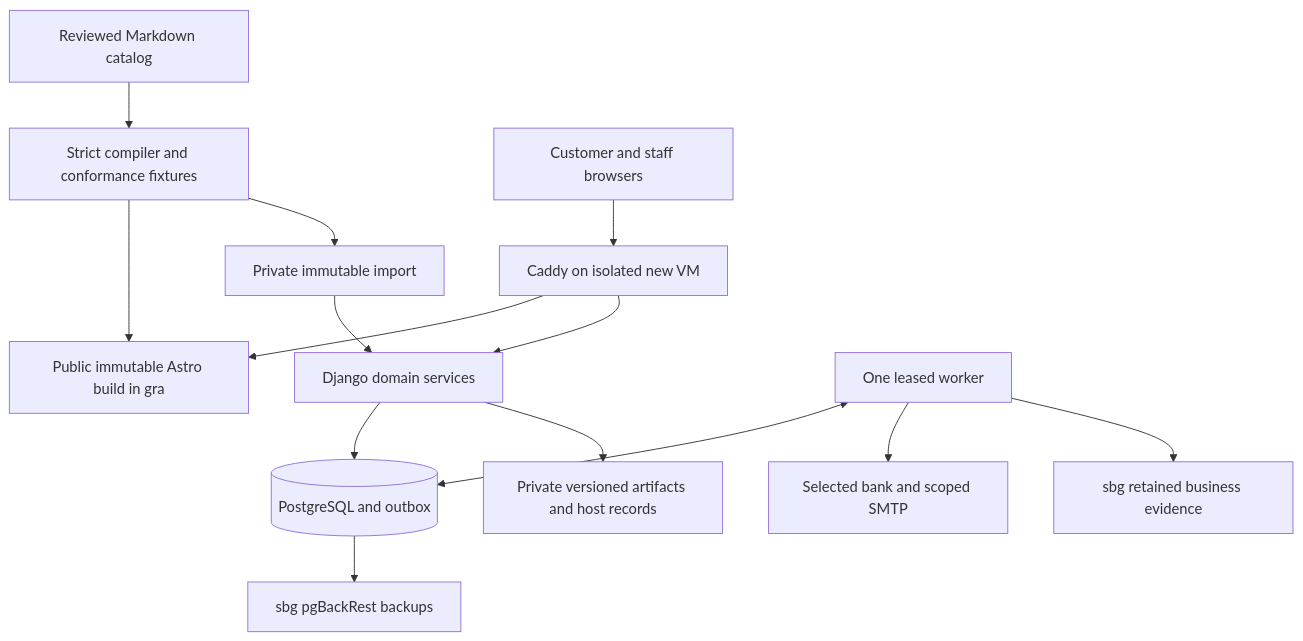
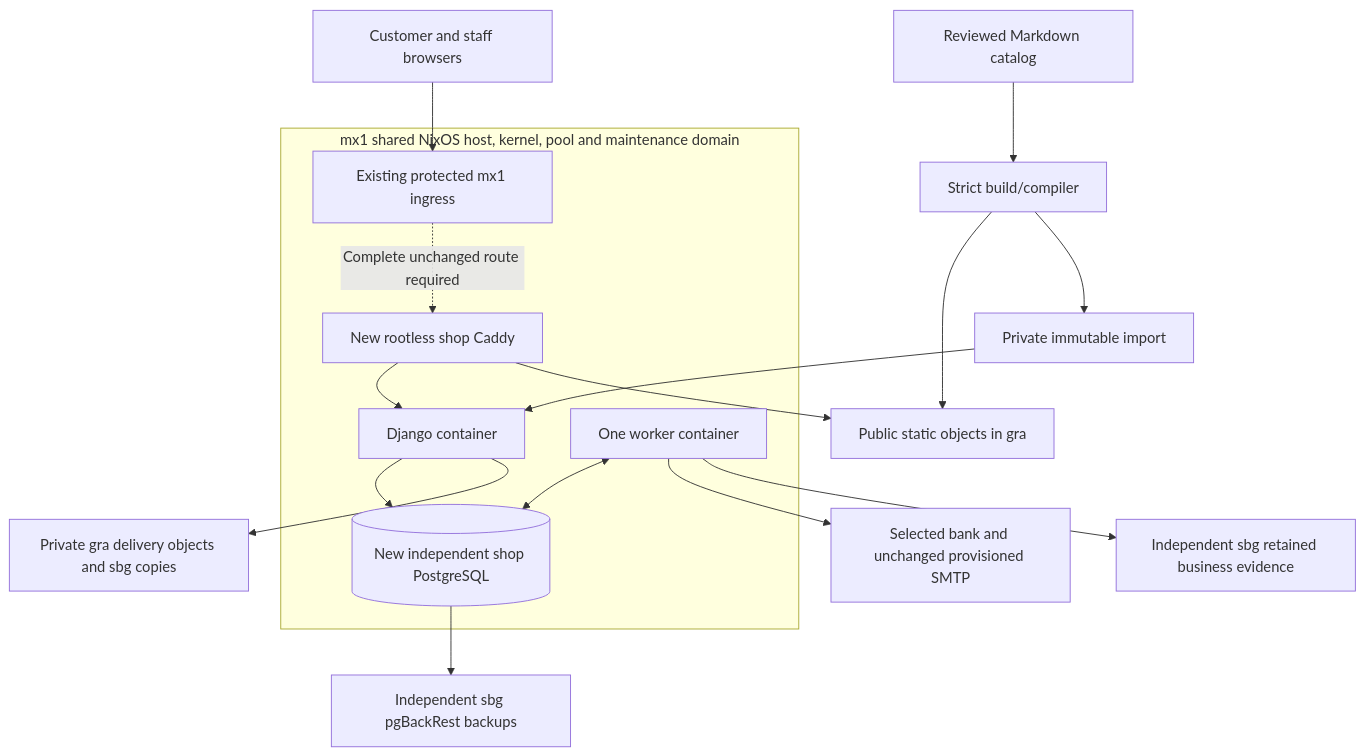
Before and after one commit to MajidZanjani/014-Shop: the diagram in .planning/research/ARCHITECTURE.md, drawn with Mermaid. The commit also changed other lines of this file and 123 other files, not shown here.

Commit message:
docs(replan): adopt protected mx1 rootless Podman architecture

````diff
--- a/.planning/research/ARCHITECTURE.md
+++ b/.planning/research/ARCHITECTURE.md
@@ -5,16 +5,19 @@
 ```mermaid
 flowchart TD
-  M[Reviewed Markdown catalog] --> C[Strict compiler and conformance fixtures]
-  C --> P[Public immutable Astro build in gra]
-  C --> I[Private immutable import]
-  B[Customer and staff browsers] --> E[Caddy on isolated new VM]
-  E --> P
-  E --> D[Django domain services]
-  I --> D
-  D --> Q[(PostgreSQL and outbox)]
-  W[One leased worker] <--> Q
-  W --> X[Selected bank and scoped SMTP]
-  W --> A[sbg retained business evidence]
-  D --> F[Private versioned artifacts and host records]
-  Q --> R[sbg pgBackRest backups]
+  A[Reviewed Markdown catalog] --> B[Strict build/compiler]
+  B --> C[Public static objects in gra]
+  B --> D[Private immutable import]
+  E[Customer and staff browsers] --> P[Existing protected mx1 ingress]
+  subgraph MX1[mx1 shared NixOS host, kernel, pool and maintenance domain]
+    P -. Complete unchanged route required .-> G[New rootless shop Caddy]
+    G --> H[Django container]
+    H --> I[(New independent shop PostgreSQL)]
+    W[One worker container] <--> I
+  end
+  D --> H
+  G --> C
+  W --> K[Selected bank and unchanged provisioned SMTP]
+  W --> L[Independent sbg retained business evidence]
+  I --> M[Independent sbg pgBackRest backups]
+  H --> N[Private gra delivery objects and sbg copies]
 ```
````
